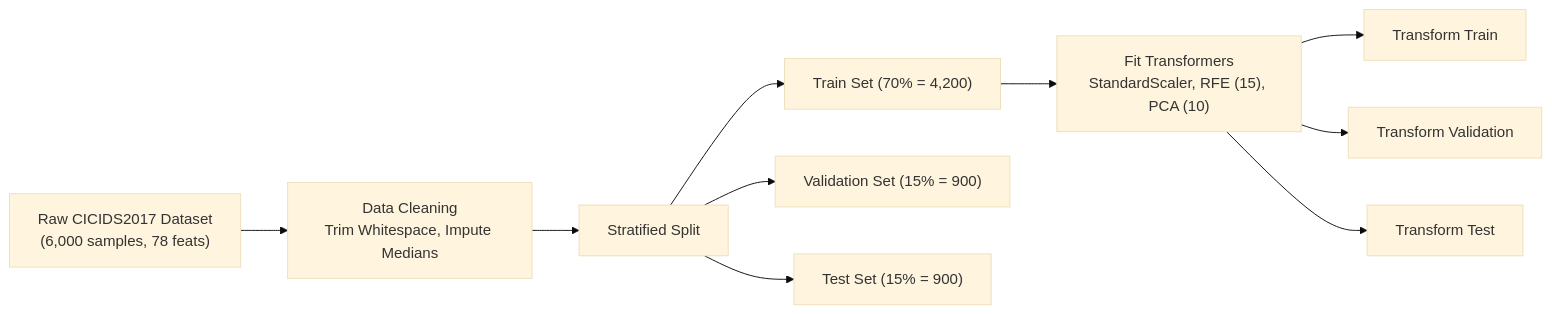
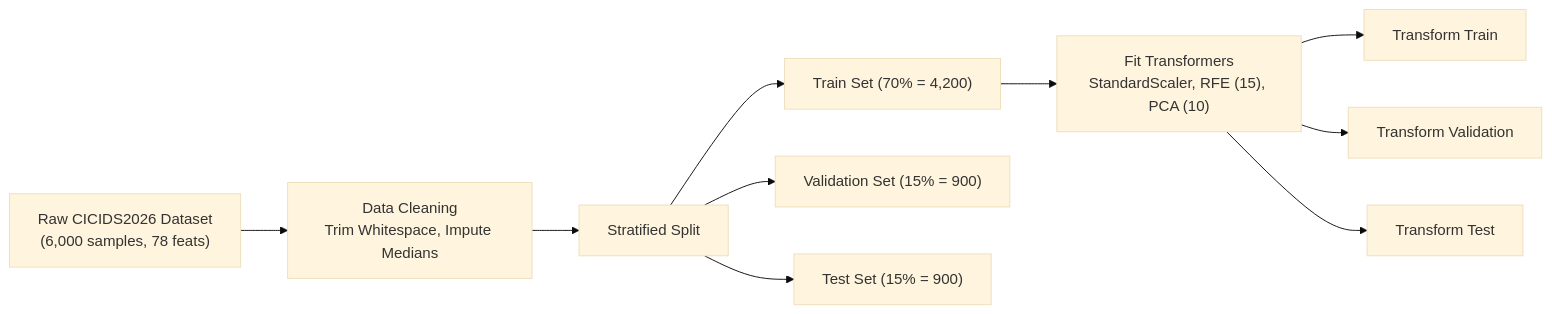
The diagram in ML_AUDIT.md (BabaKullayappa13/Adaptive-Zero-Trust-AI-Framework-), drawn with Mermaid (base theme) before and after one commit. The commit also changed other lines of this file and 32 other files, not shown here.

Commit message:
fix(security-ml): complete audit remediation, CICIDS2026 dataset migration, admin key security, test suites passing, and publication audit report

````diff
--- a/ML_AUDIT.md
+++ b/ML_AUDIT.md
@@ -56,12 +56,12 @@
 ```mermaid
 flowchart LR
-    A["Raw CICIDS2017 Dataset<br/>(6,000 samples, 78 feats)"] --> B["Data Cleaning<br/>Trim Whitespace, Impute Medians"]
+    A["Raw CICIDS2026 Dataset<br/>(6,000 samples, 78 feats)"] --> B["Data Cleaning<br/>Trim Whitespace, Impute Medians"]
     B --> C["Stratified Split"]
     C --> D["Train Set (70% = 4,200)"]
     C --> E["Validation Set (15% = 900)"]
     C --> F["Test Set (15% = 900)"]
     D --> G["Fit Transformers<br/>StandardScaler, RFE (15), PCA (10)"]
     G --> H["Transform Train"]
     G --> I["Transform Validation"]
     G --> J["Transform Test"]
 ```
````
